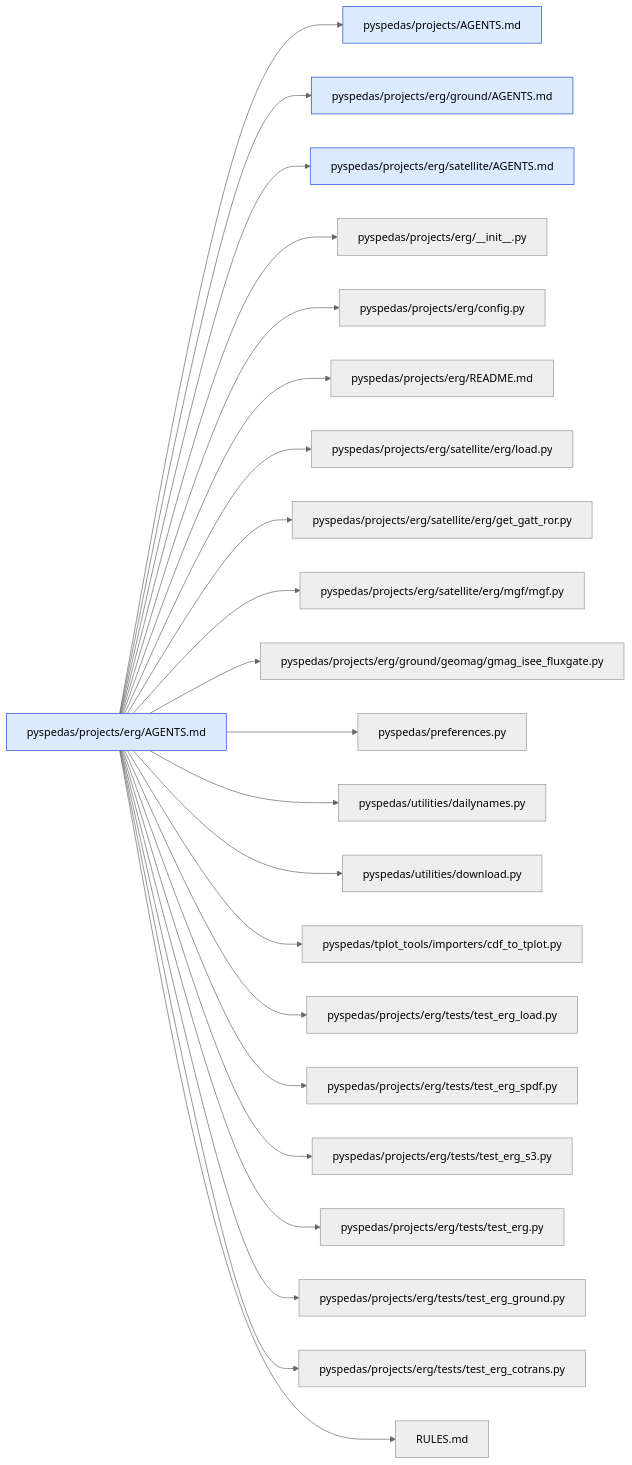
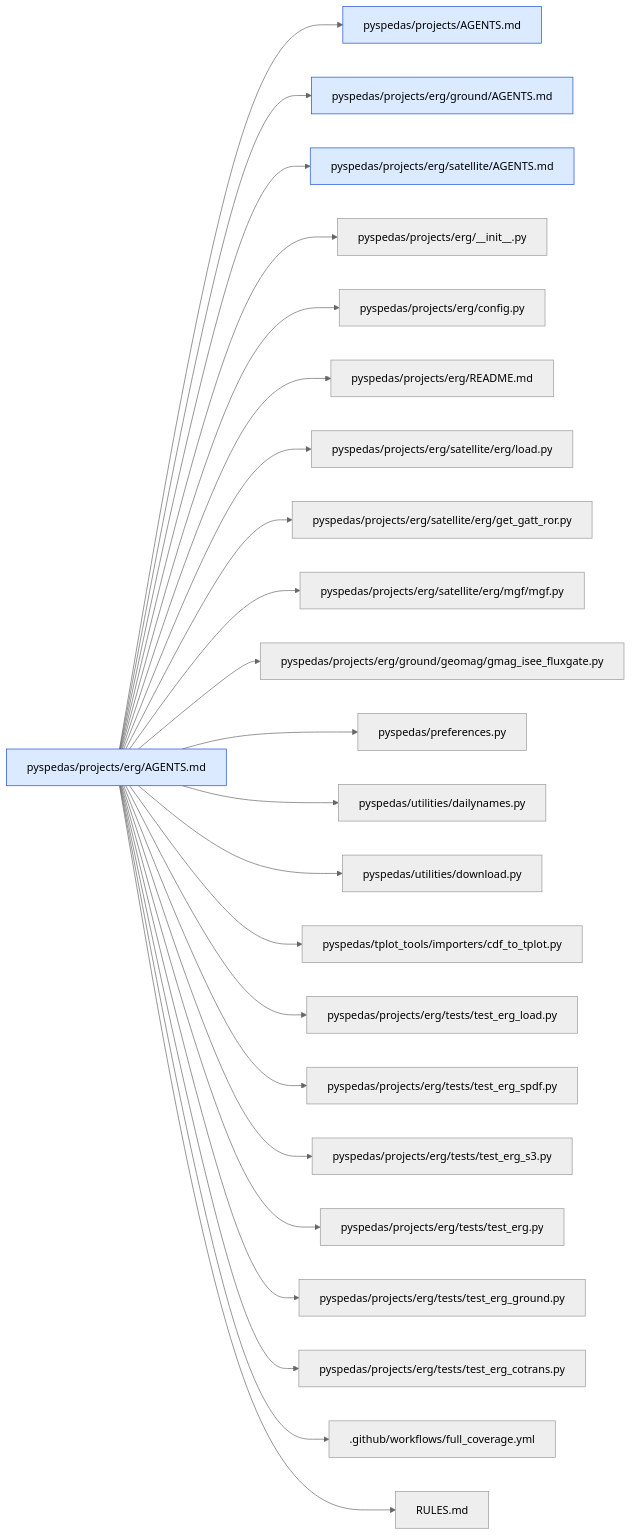
Before and after one commit to spedas/pyspedas: diagram 15 of 44 in .agents/map/MAP.md, drawn with Mermaid (neutral theme). The commit also changed other lines of this file and 48 other files, not shown here.

````diff
--- a/.agents/map/MAP.md
+++ b/.agents/map/MAP.md
@@ -703,27 +706,28 @@
 ```mermaid
 graph LR
   classDef agents fill:#dbeafe,stroke:#1d4ed8
   classDef missing fill:#fee2e2,stroke:#b91c1c,stroke-dasharray:4
   self["pyspedas/projects/erg/AGENTS.md"]:::agents
   self --> r0["pyspedas/projects/AGENTS.md"]:::agents
   self --> r1["pyspedas/projects/erg/ground/AGENTS.md"]:::agents
   self --> r2["pyspedas/projects/erg/satellite/AGENTS.md"]:::agents
   self --> r3["pyspedas/projects/erg/__init__.py"]
   self --> r4["pyspedas/projects/erg/config.py"]
   self --> r5["pyspedas/projects/erg/README.md"]
   self --> r6["pyspedas/projects/erg/satellite/erg/load.py"]
   self --> r7["pyspedas/projects/erg/satellite/erg/get_gatt_ror.py"]
   self --> r8["pyspedas/projects/erg/satellite/erg/mgf/mgf.py"]
   self --> r9["pyspedas/projects/erg/ground/geomag/gmag_isee_fluxgate.py"]
   self --> r10["pyspedas/preferences.py"]
   self --> r11["pyspedas/utilities/dailynames.py"]
   self --> r12["pyspedas/utilities/download.py"]
   self --> r13["pyspedas/tplot_tools/importers/cdf_to_tplot.py"]
   self --> r14["pyspedas/projects/erg/tests/test_erg_load.py"]
   self --> r15["pyspedas/projects/erg/tests/test_erg_spdf.py"]
   self --> r16["pyspedas/projects/erg/tests/test_erg_s3.py"]
   self --> r17["pyspedas/projects/erg/tests/test_erg.py"]
   self --> r18["pyspedas/projects/erg/tests/test_erg_ground.py"]
   self --> r19["pyspedas/projects/erg/tests/test_erg_cotrans.py"]
-  self --> r20["RULES.md"]
+  self --> r20[".github/workflows/full_coverage.yml"]
+  self --> r21["RULES.md"]
 ```
````
